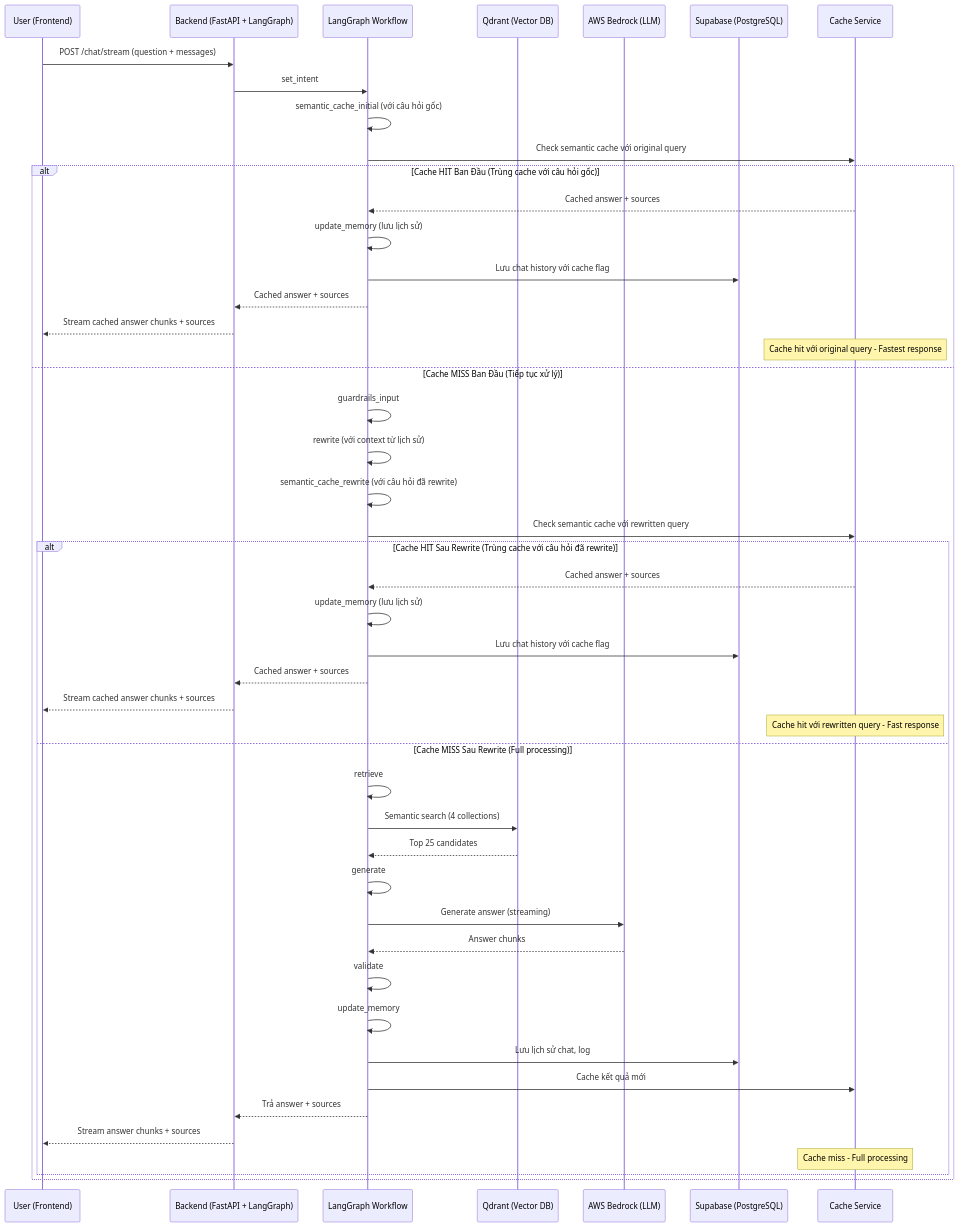
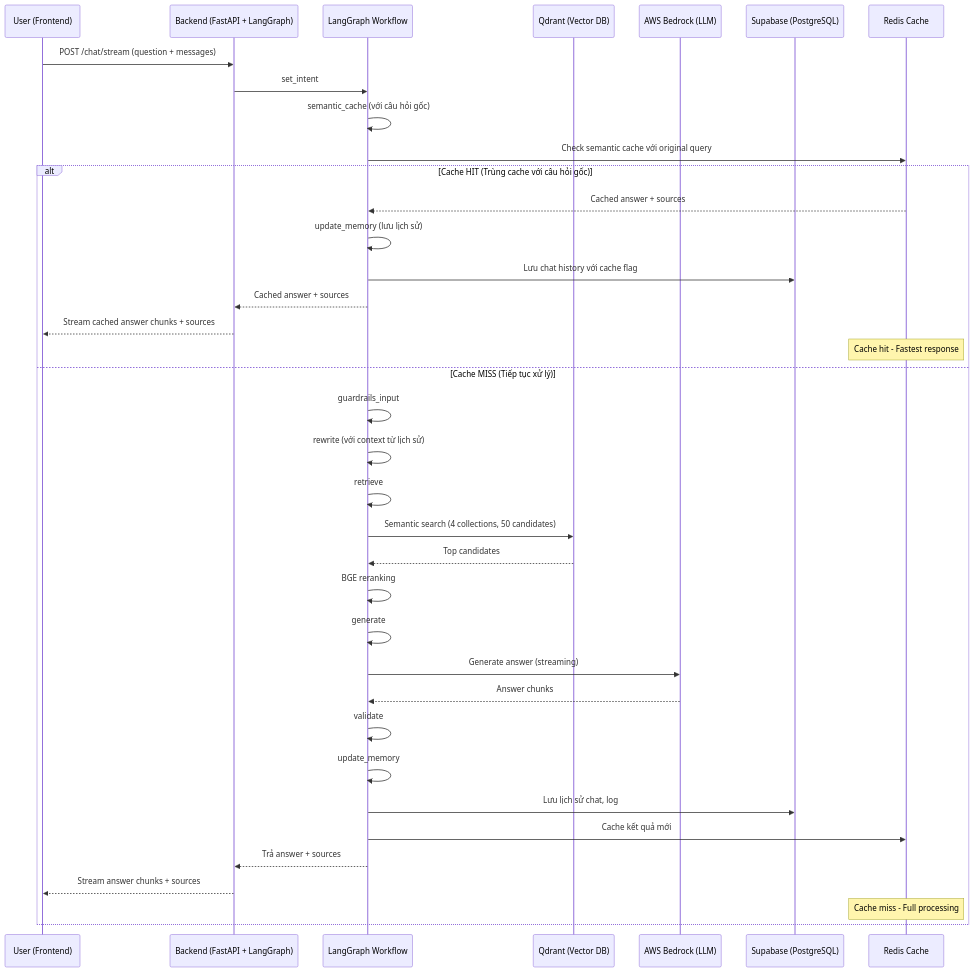
One commit to tuananhne1110/Cutru_chatbot changed the second of 2 diagrams in docs/Workflow.md. Above: the diagram before and after it, drawn with Mermaid. The commit also changed other lines of this file and 2 other files, not shown here.

````diff
--- a/docs/Workflow.md
+++ b/docs/Workflow.md
@@ -85,54 +109,42 @@
 ```mermaid
 sequenceDiagram
     participant U as User (Frontend)
     participant B as Backend (FastAPI + LangGraph)
     participant L as LangGraph Workflow
     participant Q as Qdrant (Vector DB)
     participant LLM as AWS Bedrock (LLM)
     participant S as Supabase (PostgreSQL)
-    participant C as Cache Service
+    participant C as Redis Cache
     
     U->>B: POST /chat/stream (question + messages)
     B->>L: set_intent
-    L->>L: semantic_cache_initial (với câu hỏi gốc)
+    L->>L: semantic_cache (với câu hỏi gốc)
     L->>C: Check semantic cache với original query
     
-    alt Cache HIT Ban Đầu (Trùng cache với câu hỏi gốc)
+    alt Cache HIT (Trùng cache với câu hỏi gốc)
         C-->>L: Cached answer + sources
         L->>L: update_memory (lưu lịch sử)
         L->>S: Lưu chat history với cache flag
         L-->>B: Cached answer + sources
         B-->>U: Stream cached answer chunks + sources
-        Note over C: Cache hit với original query - Fastest response
+        Note over C: Cache hit - Fastest response
         
-    else Cache MISS Ban Đầu (Tiếp tục xử lý)
+    else Cache MISS (Tiếp tục xử lý)
         L->>L: guardrails_input
         L->>L: rewrite (với context từ lịch sử)
-        L->>L: semantic_cache_rewrite (với câu hỏi đã rewrite)
-        L->>C: Check semantic cache với rewritten query
-        
-        alt Cache HIT Sau Rewrite (Trùng cache với câu hỏi đã rewrite)
-            C-->>L: Cached answer + sources
-            L->>L: update_memory (lưu lịch sử)
-            L->>S: Lưu chat history với cache flag
-            L-->>B: Cached answer + sources
-            B-->>U: Stream cached answer chunks + sources
-            Note over C: Cache hit với rewritten query - Fast response
-            
-        else Cache MISS Sau Rewrite (Full processing)
-            L->>L: retrieve
-            L->>Q: Semantic search (4 collections)
-            Q-->>L: Top 25 candidates
-            L->>L: generate
-            L->>LLM: Generate answer (streaming)
-            LLM-->>L: Answer chunks
-            L->>L: validate
-            L->>L: update_memory
-            L->>S: Lưu lịch sử chat, log
-            L->>C: Cache kết quả mới
-            L-->>B: Trả answer + sources
-            B-->>U: Stream answer chunks + sources
-            Note over C: Cache miss - Full processing
-        end
+        L->>L: retrieve
+        L->>Q: Semantic search (4 collections, 50 candidates)
+        Q-->>L: Top candidates
+        L->>L: BGE reranking
+        L->>L: generate
+        L->>LLM: Generate answer (streaming)
+        LLM-->>L: Answer chunks
+        L->>L: validate
+        L->>L: update_memory
+        L->>S: Lưu lịch sử chat, log
+        L->>C: Cache kết quả mới
+        L-->>B: Trả answer + sources
+        B-->>U: Stream answer chunks + sources
+        Note over C: Cache miss - Full processing
     end
 ```
````
